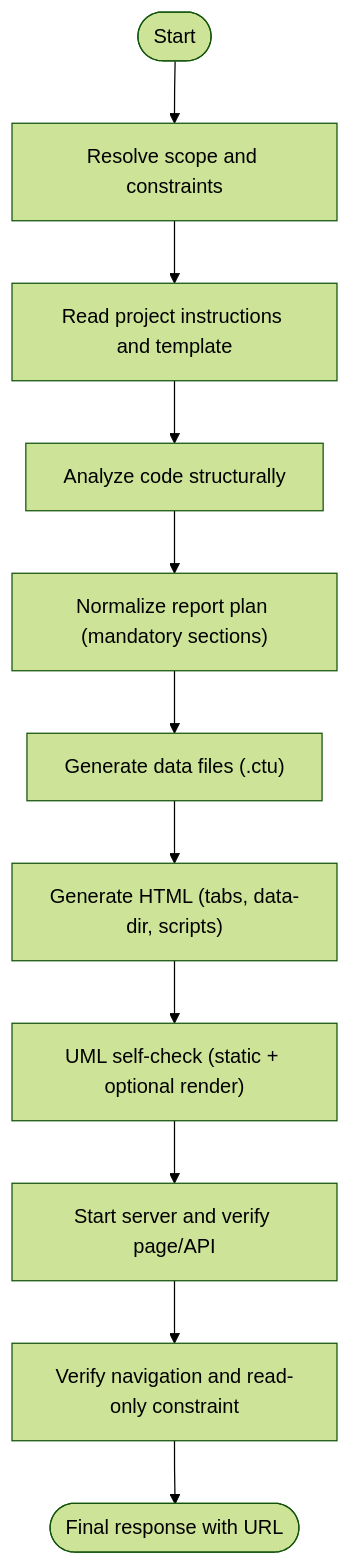
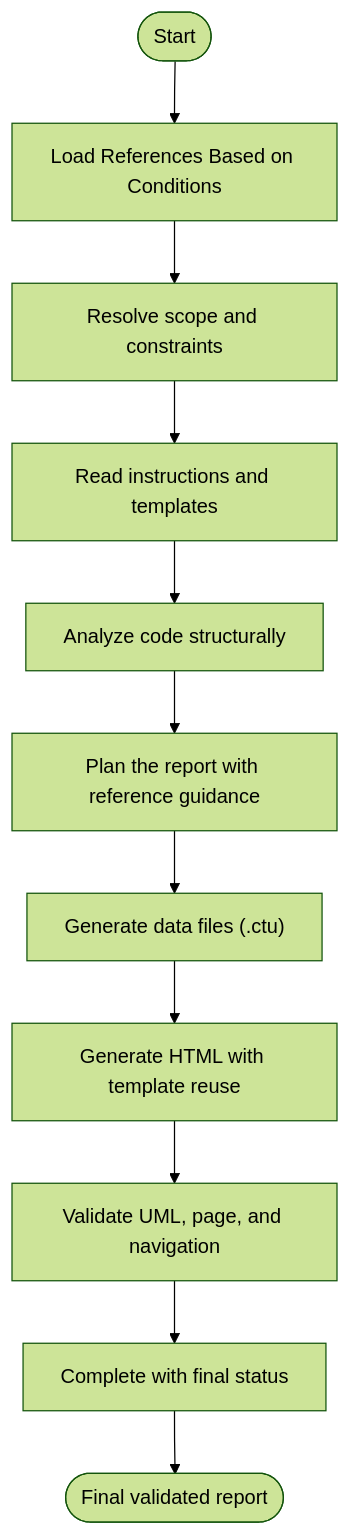
Before and after one commit to pingwurth/code-to-uml: the fourth of 4 diagrams in .qoder/repowiki/en/content/AI Agent Integration/Skill Definition System.md, drawn with Mermaid (forest theme). The commit also changed other lines of this file and 55 other files, not shown here.

````diff
--- a/.qoder/repowiki/en/content/AI Agent Integration/Skill Definition System.md
+++ b/.qoder/repowiki/en/content/AI Agent Integration/Skill Definition System.md
@@ -351,13 +311,13 @@
 ```mermaid
 flowchart TD
-Start(["Start"]) --> Resolve["Resolve scope and constraints"]
-Resolve --> Read["Read project instructions and template"]
+Start(["Start"]) --> LoadRefs["Load References Based on Conditions"]
+LoadRefs --> Resolve["Resolve scope and constraints"]
+Resolve --> Read["Read instructions and templates"]
 Read --> Analyze["Analyze code structurally"]
-Analyze --> Plan["Normalize report plan (mandatory sections)"]
+Analyze --> Plan["Plan the report with reference guidance"]
 Plan --> Data["Generate data files (.ctu)"]
-Data --> HTML["Generate HTML (tabs, data-dir, scripts)"]
-HTML --> UMLCheck["UML self-check (static + optional render)"]
-UMLCheck --> Serve["Start server and verify page/API"]
-Serve --> Verify["Verify navigation and read-only constraint"]
-Verify --> End(["Final response with URL"])
+Data --> HTML["Generate HTML with template reuse"]
+HTML --> Validate["Validate UML, page, and navigation"]
+Validate --> Complete["Complete with final status"]
+Complete --> End(["Final validated report"])
 ```
````
